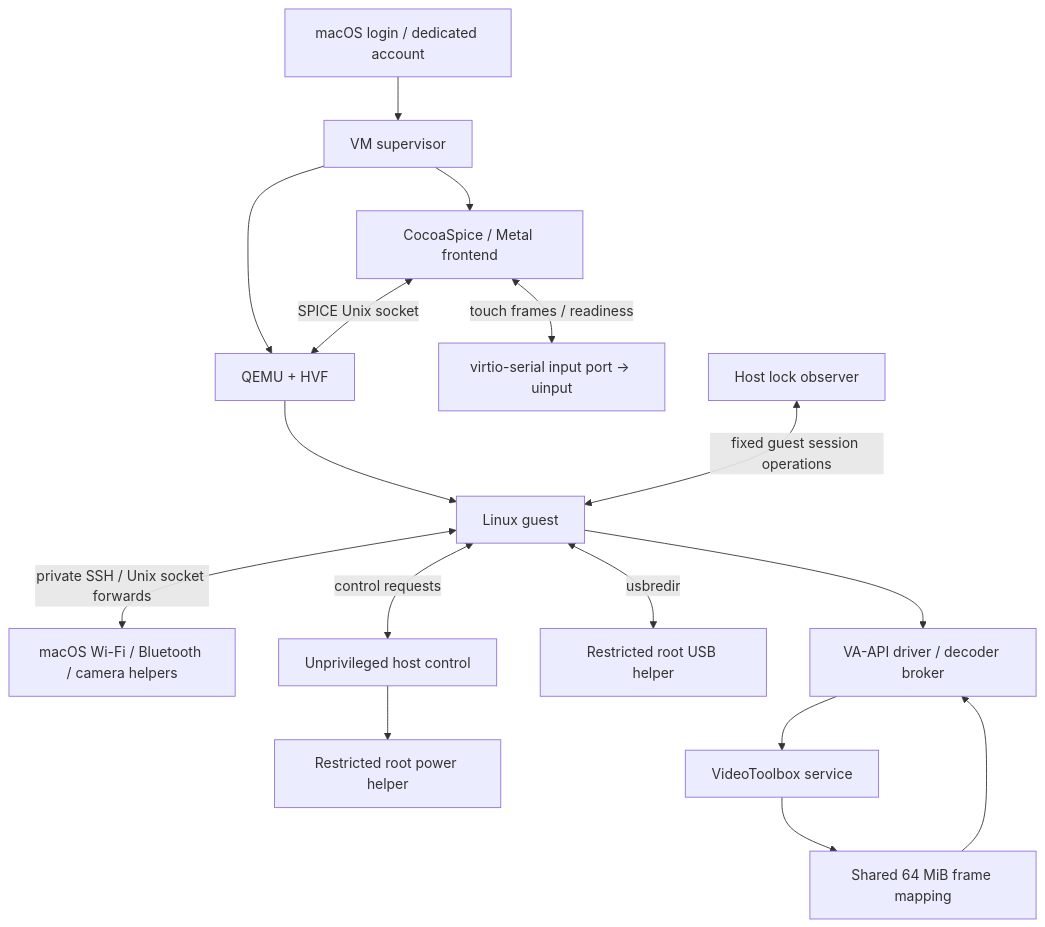
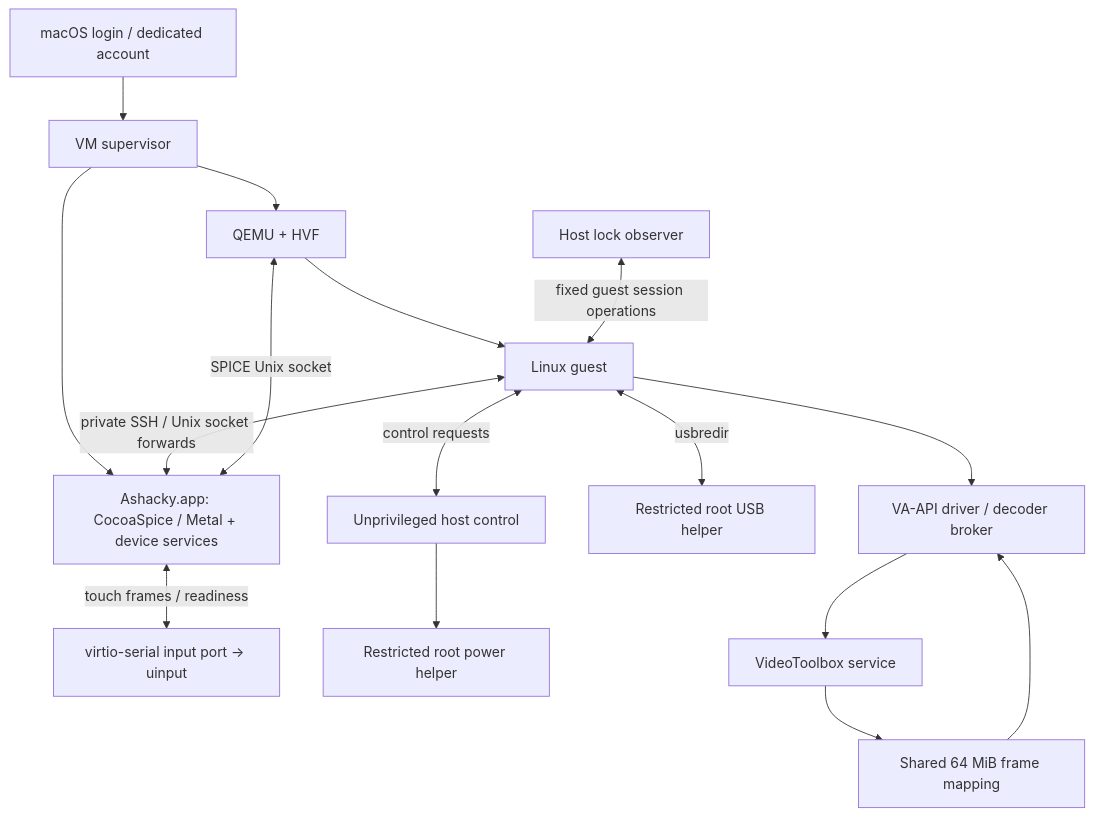
The diagram in docs/ARCHITECTURE.md (aynik/ashacky), drawn with Mermaid before and after one commit. The commit also changed other lines of this file and 26 other files, not shown here.

Commit message:
Unify the display and host device services in Ashacky.app

````diff
--- a/docs/ARCHITECTURE.md
+++ b/docs/ARCHITECTURE.md
@@ -7,18 +7,18 @@
 ```mermaid
 flowchart TB
   Login[macOS login / dedicated account] --> Session[VM supervisor]
   Session --> QEMU[QEMU + HVF]
-  Session --> Frontend[CocoaSpice / Metal frontend]
+  Session --> Frontend[Ashacky.app: CocoaSpice / Metal + device services]
   Frontend <-->|SPICE Unix socket| QEMU
   QEMU --> Guest[Linux guest]
   Frontend <-->|touch frames / readiness| Input[virtio-serial input port → uinput]
-  Guest <-->|private SSH / Unix socket forwards| Devices[macOS Wi-Fi / Bluetooth / camera helpers]
+  Guest <-->|private SSH / Unix socket forwards| Frontend
   Guest <-->|control requests| Control[Unprivileged host control]
   Control --> Power[Restricted root power helper]
   Sync[Host lock observer] <-->|fixed guest session operations| Guest
   Guest <-->|usbredir| USB[Restricted root USB helper]
   Guest --> VA[VA-API driver / decoder broker]
   VA --> VT[VideoToolbox service]
   VT --> Memory[Shared 64 MiB frame mapping]
   Memory --> VA
 ```
````
